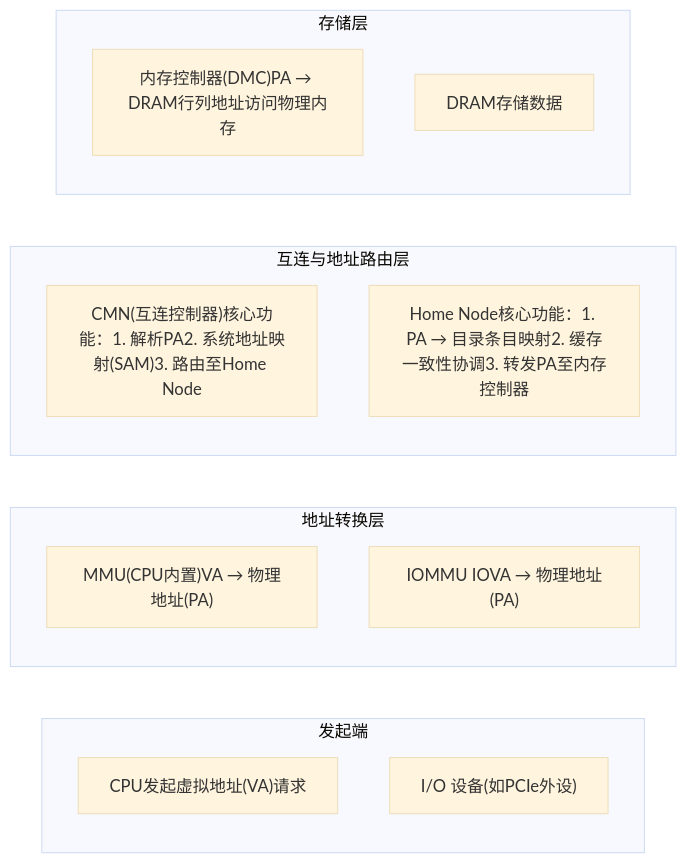
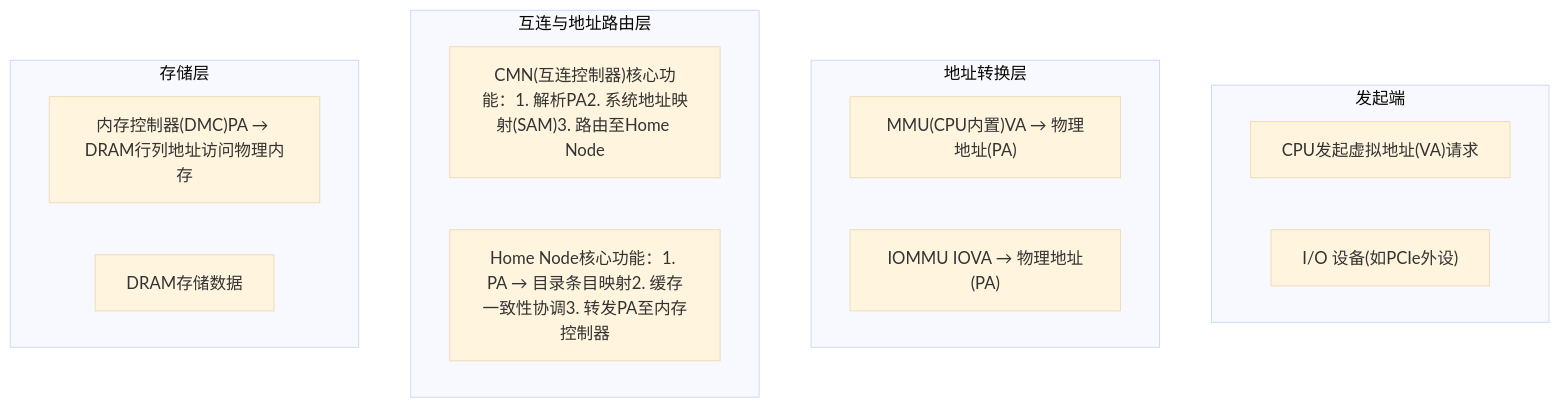
One commit to joyxu/joyxu.github.com changed the second of 5 diagrams in source/_posts/arm64-cache和总线总结.md. Above: the diagram before and after it, drawn with Mermaid (base theme). The commit also changed other lines of this file, not shown here.

````diff
--- a/source/_posts/arm64-cache和总线总结.md
+++ b/source/_posts/arm64-cache和总线总结.md
@@ -30,24 +30,24 @@
 ```mermaid
-flowchart LR
+flowchart TD
 	%% 定义组件（按数据流向布局）
 	subgraph "发起端"
 		CPU["CPU发起虚拟地址(VA)请求"]
 		Device["I/O 设备(如PCIe外设)"]
 	end
 
 	subgraph "地址转换层"
 		MMU["MMU(CPU内置)VA → 物理地址(PA)"]
 		IOMMU["IOMMU IOVA → 物理地址(PA)"]
 	end
 
 	subgraph "互连与地址路由层"
 		CMN["CMN(互连控制器)核心功能：1. 解析PA2. 系统地址映射(SAM)3. 路由至Home Node"]
 		HomeNode["Home Node核心功能：1. PA → 目录条目映射2. 缓存一致性协调3. 转发PA至内存控制器"]
 	end
 
 	subgraph "存储层"
 		DMC["内存控制器(DMC)PA → DRAM行列地址访问物理内存"]
 		DRAM["DRAM存储数据"]
 	end
 
 ```
````
